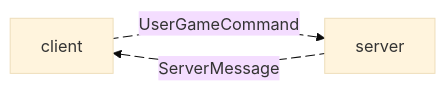
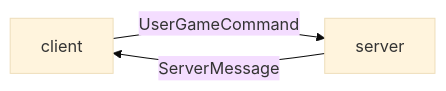
One commit to byucsstudent/cs240v2 changed the first of 3 diagrams in chess/6-gameplay/gameplay.md. Above: the diagram before and after it, drawn with Mermaid (base theme).

Commit message:
Lee Jensen - update(☑ Phase 6: Chess Gameplay)

````diff
--- a/chess/6-gameplay/gameplay.md
+++ b/chess/6-gameplay/gameplay.md
@@ -65,10 +65,7 @@
 ```mermaid
 flowchart LR
   client
   server
-  client e1@--> |UserGameCommand|server
-  server e2@--> |ServerMessage|client
-  e1@{ animation: fast }
-  e2@{ animation: fast }
-
+  client --> |UserGameCommand|server
+  server --> |ServerMessage|client
 ```
````
